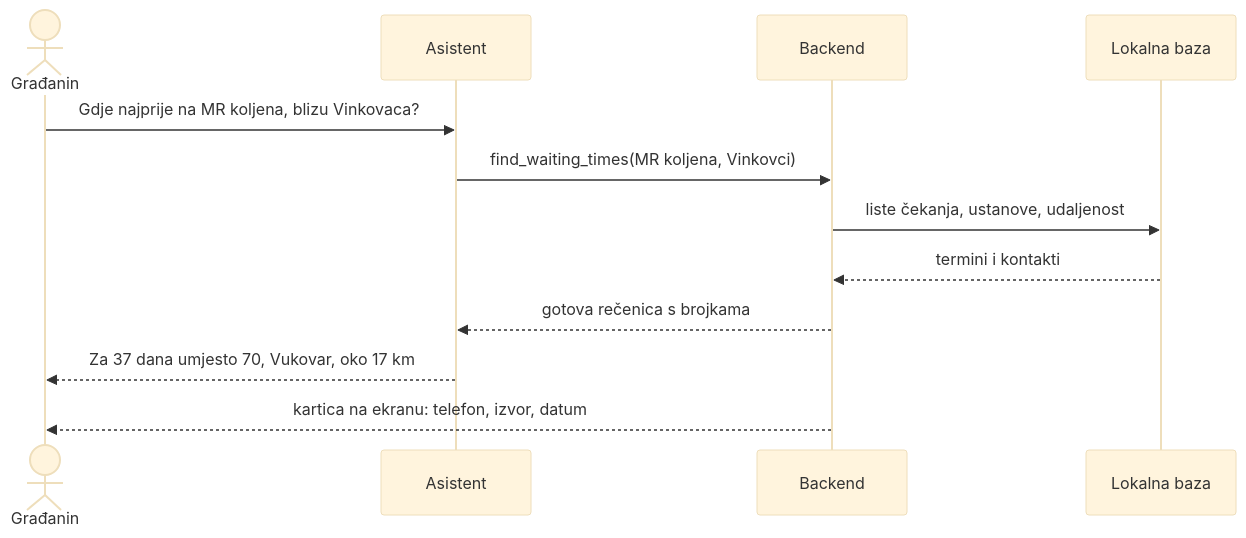
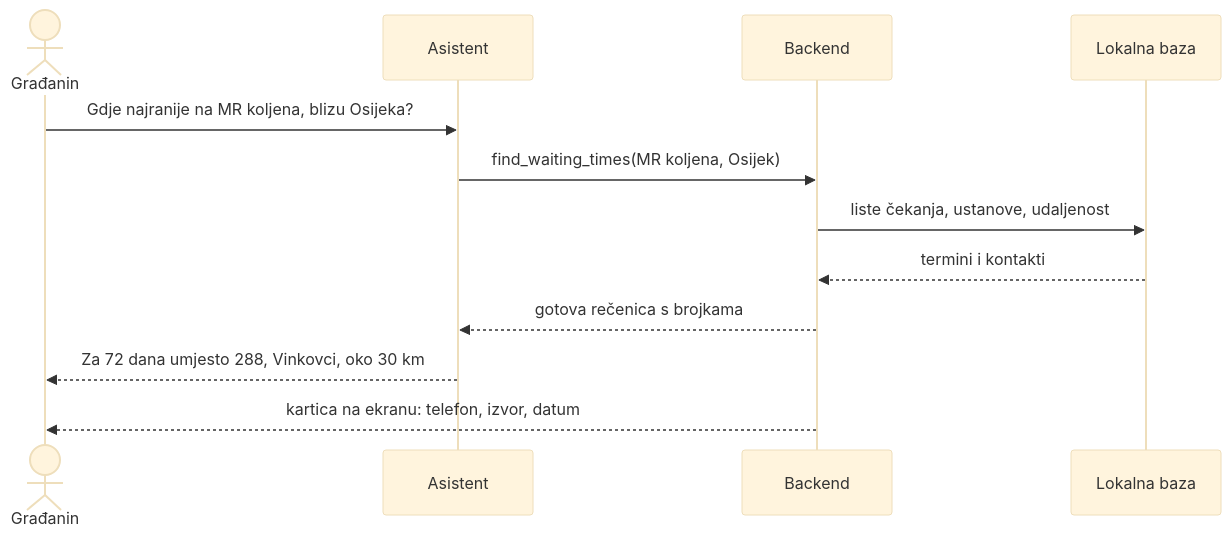
One commit to egi03/uputko changed the first of 2 diagrams in README.md. Above: the diagram before and after it, drawn with Mermaid (base theme). The commit also changed other lines of this file and 1 other file, not shown here.

````diff
--- a/README.md
+++ b/README.md
@@ -81,14 +87,14 @@
 ```mermaid
 sequenceDiagram
     actor G as Građanin
     participant A as Asistent
     participant B as Backend
     participant D as Lokalna baza
-    G->>A: Gdje najprije na MR koljena, blizu Vinkovaca?
-    A->>B: find_waiting_times(MR koljena, Vinkovci)
+    G->>A: Gdje najranije na MR koljena, blizu Osijeka?
+    A->>B: find_waiting_times(MR koljena, Osijek)
     B->>D: liste čekanja, ustanove, udaljenost
     D-->>B: termini i kontakti
     B-->>A: gotova rečenica s brojkama
-    A-->>G: Za 37 dana umjesto 70, Vukovar, oko 17 km
+    A-->>G: Za 72 dana umjesto 288, Vinkovci, oko 30 km
     B-->>G: kartica na ekranu: telefon, izvor, datum
 ```
````
